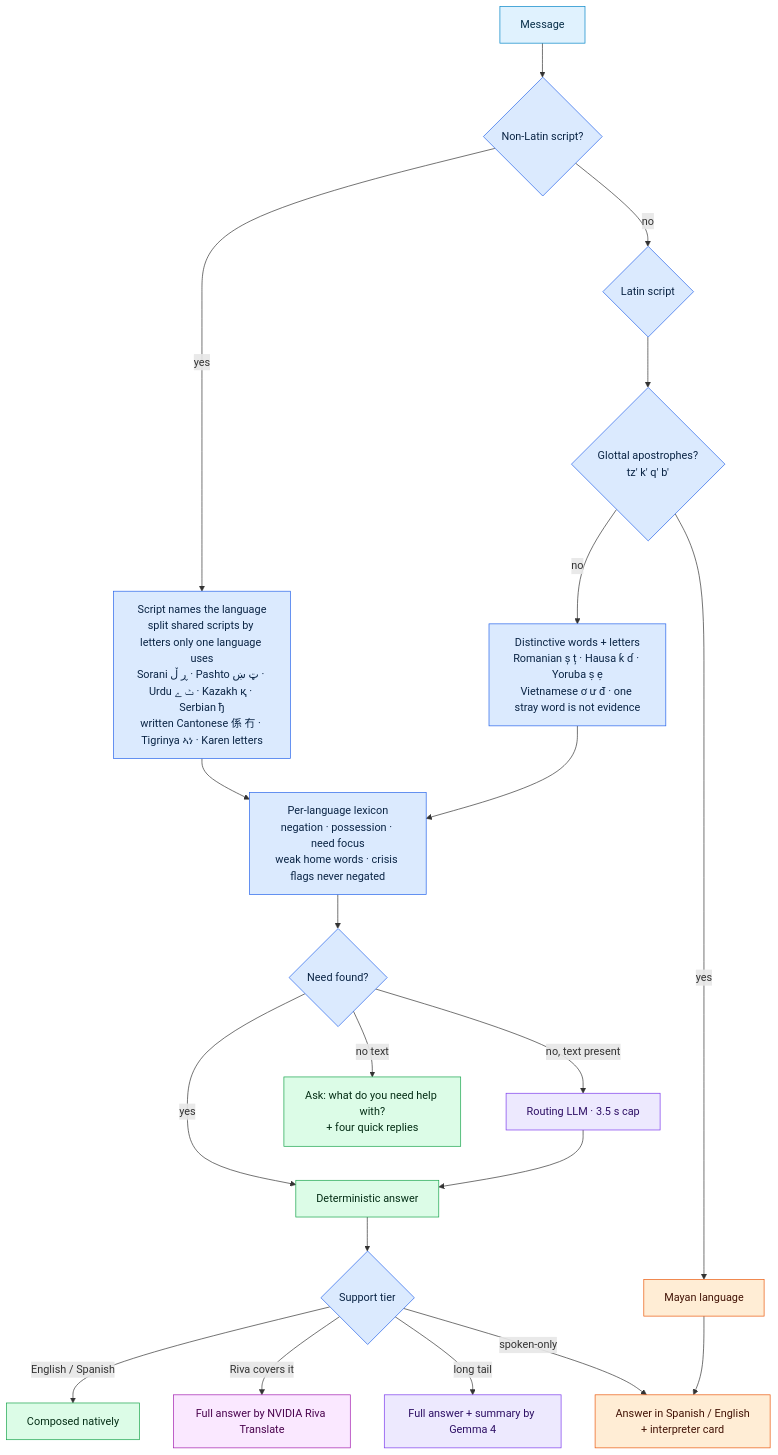
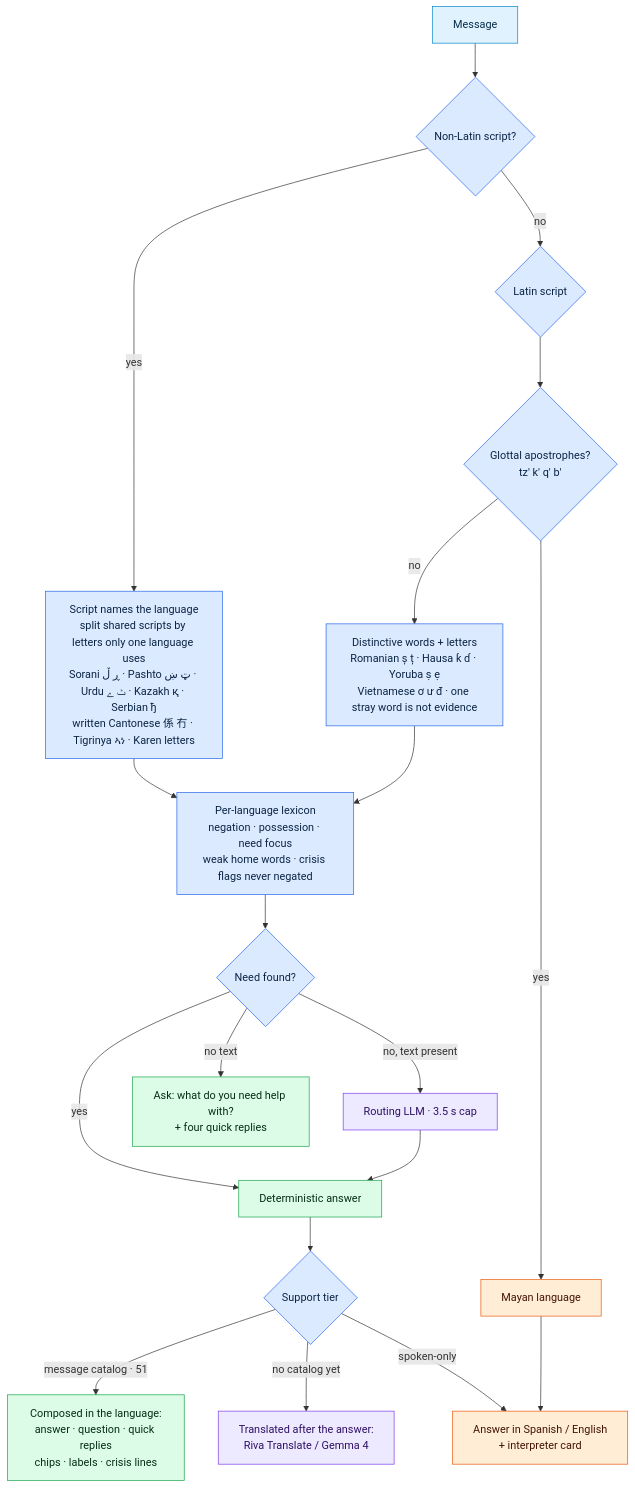
The fourth of 9 diagrams in README.md (Anbu-00001/CivicMesh), drawn with Mermaid before and after one commit. The commit also changed other lines of this file and 73 other files, not shown here.

````diff
--- a/README.md
+++ b/README.md
@@ -180,28 +184,27 @@
 ```mermaid
 flowchart TD
     M[Message]:::io --> S{Non-Latin script?}:::det
     S -->|yes| SS[Script names the language<br/>split shared scripts by letters only one language uses<br/>Sorani ڕ ڵ · Pashto ټ ښ · Urdu ٹ ے · Kazakh қ · Serbian ђ<br/>written Cantonese 係 冇 · Tigrinya ኣነ · Karen letters]:::det
     S -->|no| LM{Latin script}:::det
     LM --> MY{Glottal apostrophes?<br/>tz' k' q' b'}:::det
     MY -->|yes| MAYAN[Mayan language]:::human
     MY -->|no| MK[Distinctive words + letters<br/>Romanian ș ț · Hausa ƙ ɗ · Yoruba ṣ ẹ<br/>Vietnamese ơ ư đ · one stray word is not evidence]:::det
     SS --> RT
     MK --> RT[Per-language lexicon<br/>negation · possession · need focus<br/>weak home words · crisis flags never negated]:::det
     RT --> Q{Need found?}:::det
     Q -->|yes| ANS[Deterministic answer]:::ok
     Q -->|no, text present| LLM[Routing LLM · 3.5 s cap]:::llm --> ANS
     Q -->|no text| ASK[Ask: what do you need help with?<br/>+ four quick replies]:::ok
     ANS --> TIER{Support tier}:::det
-    TIER -->|English / Spanish| NATIVE[Composed natively]:::ok
-    TIER -->|Riva covers it| RIVA[Full answer by NVIDIA Riva Translate]:::mt
-    TIER -->|long tail| GEM[Full answer + summary by Gemma 4]:::llm
+    TIER -->|message catalog · 51| NATIVE[Composed in the language:<br/>answer · question · quick replies<br/>chips · labels · crisis lines]:::ok
+    TIER -->|no catalog yet| GEM[Translated after the answer:<br/>Riva Translate / Gemma 4]:::llm
     TIER -->|spoken-only| CARD[Answer in Spanish / English<br/>+ interpreter card]:::human
     MAYAN --> CARD
 
     classDef io fill:#e0f2fe,stroke:#0284c7,color:#082f49
     classDef det fill:#dbeafe,stroke:#2563eb,color:#0b2545
     classDef ok fill:#dcfce7,stroke:#16a34a,color:#052e16
     classDef llm fill:#ede9fe,stroke:#7c3aed,color:#2e1065
     classDef mt fill:#fae8ff,stroke:#a21caf,color:#4a044e
     classDef human fill:#ffedd5,stroke:#ea580c,color:#431407
 ```
````
